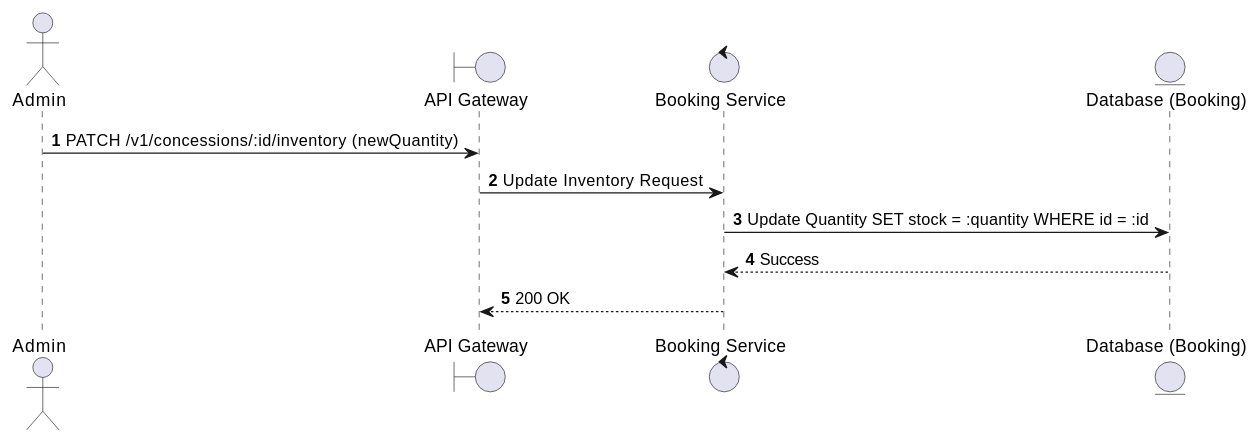
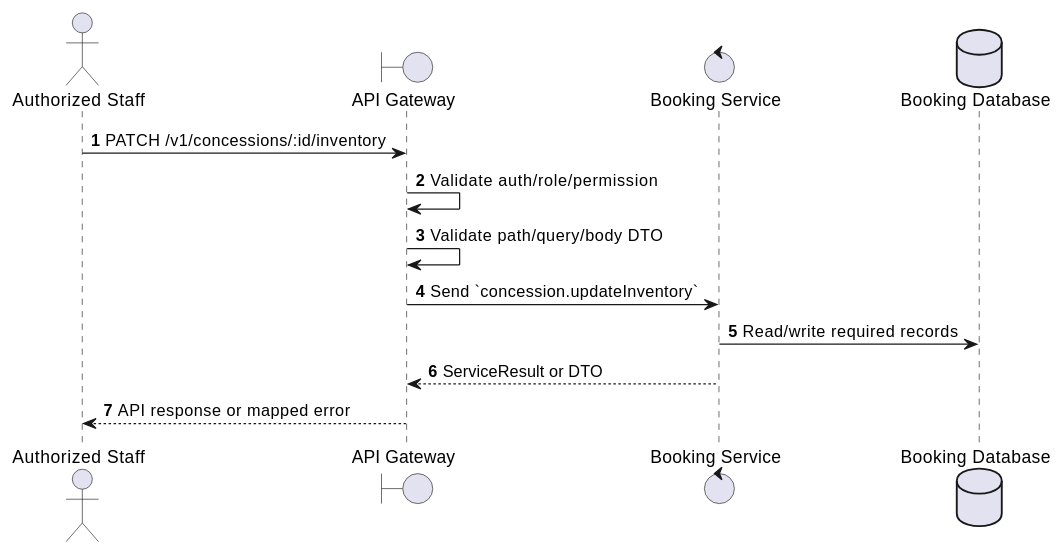
One commit to Tanh1603/movie-hub-architecture changed the first of 2 diagrams in docs/functional_specs/3.9_Concessions_FB_Module/CS-06_Update_Inventory.md. Above: the diagram before and after it, drawn with PlantUML. The commit also changed other lines of this file and 126 other files, not shown here.

````diff
--- a/docs/functional_specs/3.9_Concessions_FB_Module/CS-06_Update_Inventory.md
+++ b/docs/functional_specs/3.9_Concessions_FB_Module/CS-06_Update_Inventory.md
@@ -17,15 +17,17 @@
 ```plantuml
 @startuml
 autonumber
-actor Admin
+actor "Authorized Staff" as Actor
 boundary "API Gateway" as GW
-control "Booking Service" as BS
-entity "Database (Booking)" as DB
+control "Booking Service" as SVC
+database "Booking Database" as DB
 
-Admin -> GW: PATCH /v1/concessions/:id/inventory (newQuantity)
-GW -> BS: Update Inventory Request
-BS -> DB: Update Quantity SET stock = :quantity WHERE id = :id
-DB --> BS: Success
-BS --> GW: 200 OK
+Actor -> GW: PATCH /v1/concessions/:id/inventory
+GW -> GW: Validate auth/role/permission
+GW -> GW: Validate path/query/body DTO
+GW -> SVC: Send `concession.updateInventory`
+SVC -> DB: Read/write required records
+SVC --> GW: ServiceResult or DTO
+GW --> Actor: API response or mapped error
 @enduml
 ```
````
